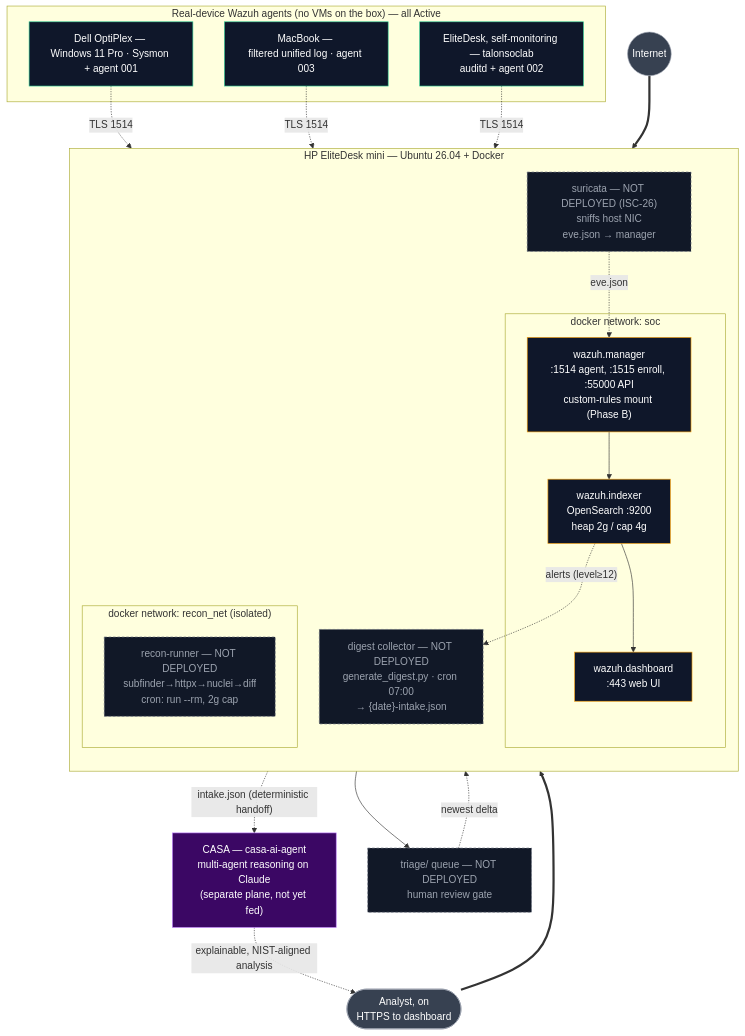
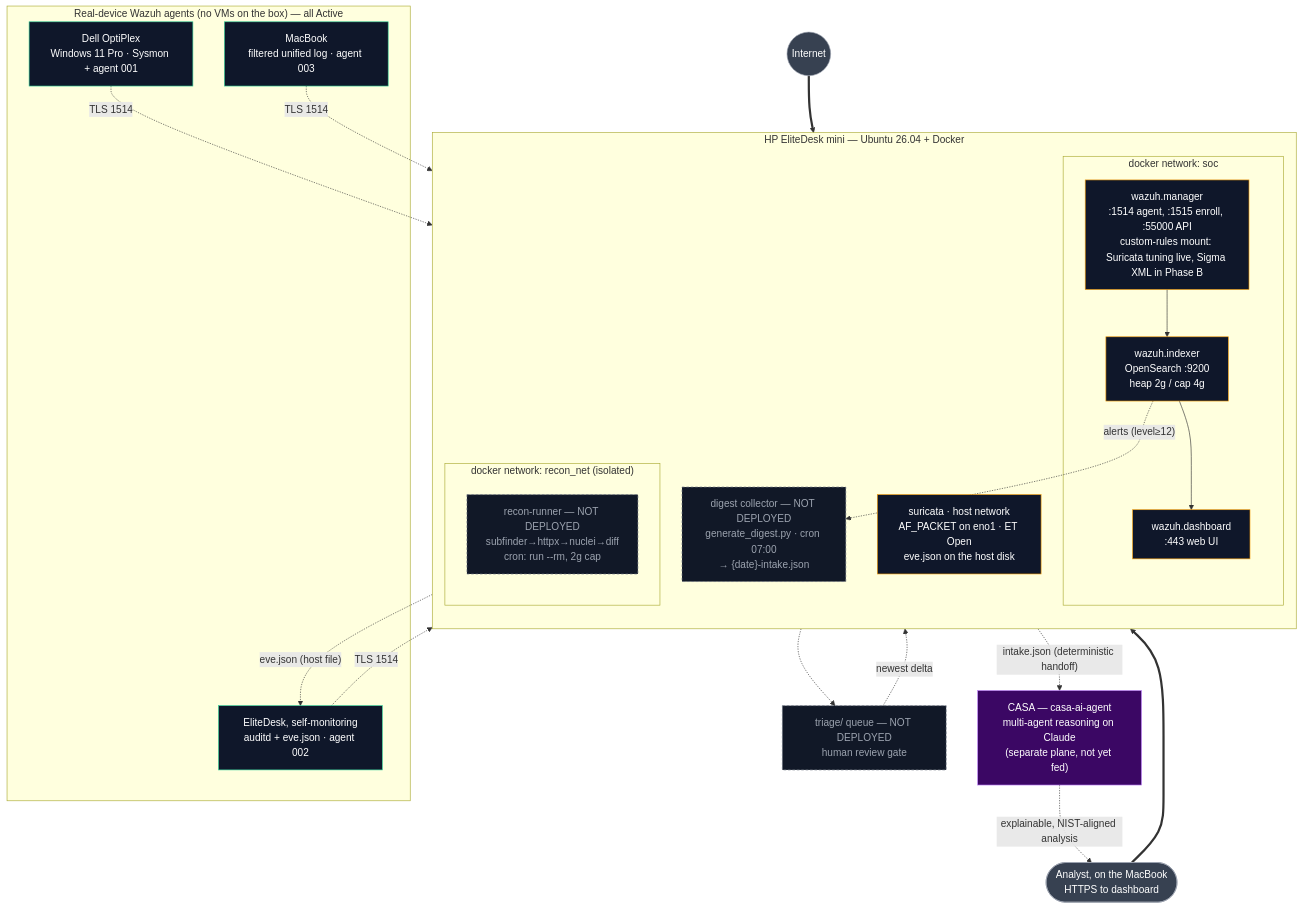
The diagram in phase-a-foundation/architecture.mmd (ktalons/talonsoclab), drawn with Mermaid before and after one commit. The commit also changed 22 other files, not shown here.

Commit message:
tools: leakcheck rewrite, git hooks, tests; docs: soc-recon readme, runbook 01, architecture

```diff
--- a/phase-a-foundation/architecture.mmd
+++ b/phase-a-foundation/architecture.mmd
@@ -1,72 +1,72 @@
 flowchart TB
 %% TalonSocLab — Phase A Foundation SOC Stack (docker-compose edition)
 %% Single source of truth for the container topology + data flow.
 %% Companion: network-topology.mmd holds the physical / L2 network (router, switch, rack).
 %% Host: HP EliteDesk mini (6-core i5, 16 GB, 256 GB NVMe) — OWNED outright.
 %% Substrate: Ubuntu Server 26.04 LTS bare-metal + Docker (no Proxmox).
 %% Legend: solid = running now · dashed edge = telemetry / handoff · grey dashed node = not deployed
-%% Deployment status verified on the box 2026-07-29: indexer, manager, dashboard and all three
-%%   agents are up. Suricata, recon-runner, digest and triage exist in the repo but are NOT
-%%   running — no suricata service in compose, no recon image built, no cron installed.
+%% Deployment status verified on the box 2026-09-30: indexer, manager, dashboard, suricata and
+%%   all three agents are up. recon-runner, digest and triage exist in the repo but are NOT
+%%   running: no recon image built, no cron installed.
 %% PIVOT NOTE: this replaced an earlier Proxmox/pfSense/VLAN topology. It trades
 %%   network realism (pfSense, VLANs, Windows endpoint VMs) for portability +
 %%   detection breadth.
 %% Endpoints are Wazuh agents on REAL devices, not VMs — keeps the 16 GB budget clear.
 
     Internet((Internet))
 
     subgraph Host["HP EliteDesk mini — Ubuntu 26.04 + Docker"]
         direction TB
 
         subgraph SocNet["docker network: soc"]
             Indexer["wazuh.indexer<br/>OpenSearch :9200<br/>heap 2g / cap 4g"]
-            Manager["wazuh.manager<br/>:1514 agent, :1515 enroll, :55000 API<br/>custom-rules mount (Phase B)"]
+            Manager["wazuh.manager<br/>:1514 agent, :1515 enroll, :55000 API<br/>custom-rules mount: Suricata tuning live, Sigma XML in Phase B"]
             Dashboard["wazuh.dashboard<br/>:443 web UI"]
         end
 
-        Suricata["suricata — NOT DEPLOYED (ISC-26)<br/>sniffs host NIC<br/>eve.json → manager"]
+        Suricata["suricata · host network<br/>AF_PACKET on eno1 · ET Open<br/>eve.json on the host disk"]
 
         subgraph ReconNet["docker network: recon_net (isolated)"]
             Recon["recon-runner — NOT DEPLOYED<br/>subfinder→httpx→nuclei→diff<br/>cron: run --rm, 2g cap"]
         end
 
         Digest["digest collector — NOT DEPLOYED<br/>generate_digest.py · cron 07:00<br/>→ {date}-intake.json"]
     end
 
     subgraph Endpoints["Real-device Wazuh agents (no VMs on the box) — all Active"]
-        Win["Dell OptiPlex — <WIN-HOST><br/>Windows 11 Pro · Sysmon + agent 001"]
-        Mac["MacBook — <MAC-HOST><br/>filtered unified log · agent 003"]
-        UbuntuHost["EliteDesk, self-monitoring — talonsoclab<br/>auditd + agent 002"]
+        Win["Dell OptiPlex<br/>Windows 11 Pro · Sysmon + agent 001"]
+        Mac["MacBook<br/>filtered unified log · agent 003"]
+        UbuntuHost["EliteDesk, self-monitoring<br/>auditd + eve.json · agent 002"]
     end
 
-    Analyst(["Analyst, on <MAC-HOST><br/>HTTPS to dashboard"])
+    Analyst(["Analyst, on the MacBook<br/>HTTPS to dashboard"])
     CASA["CASA — casa-ai-agent<br/>multi-agent reasoning on Claude<br/>(separate plane, not yet fed)"]
     Triage["triage/ queue — NOT DEPLOYED<br/>human review gate"]
 
     Internet ==> Host
     Win  -. "TLS 1514" .-> Manager
     Mac  -. "TLS 1514" .-> Manager
     UbuntuHost -. "TLS 1514" .-> Manager
-    Suricata -. "eve.json" .-> Manager
+    Suricata -. "eve.json (host file)" .-> UbuntuHost
 
     Manager --> Indexer
     Indexer --> Dashboard
     Analyst ==> Dashboard
 
-    Recon --> Triage
+    Recon -.-> Triage
     Indexer -. "alerts (level≥12)" .-> Digest
     Triage  -. "newest delta" .-> Digest
     Digest -. "intake.json (deterministic handoff)" .-> CASA
     CASA -. "explainable, NIST-aligned analysis" .-> Analyst
 
     classDef soc fill:#0f172a,stroke:#f59e0b,color:#fff
     classDef ep fill:#0f172a,stroke:#34d399,color:#fff
     classDef ext fill:#374151,stroke:#9ca3af,color:#fff
     classDef casa fill:#3b0764,stroke:#c084fc,color:#fff
     classDef planned fill:#111827,stroke:#6b7280,color:#9ca3af,stroke-dasharray:4 3
 
-    class Indexer,Manager,Dashboard soc
+    class Indexer,Manager,Dashboard,Suricata soc
     class Win,Mac,UbuntuHost ep
     class Internet,Analyst ext
-    class Suricata,Recon,Digest,Triage planned
+    class Recon,Digest,Triage planned
     class CASA casa
```
